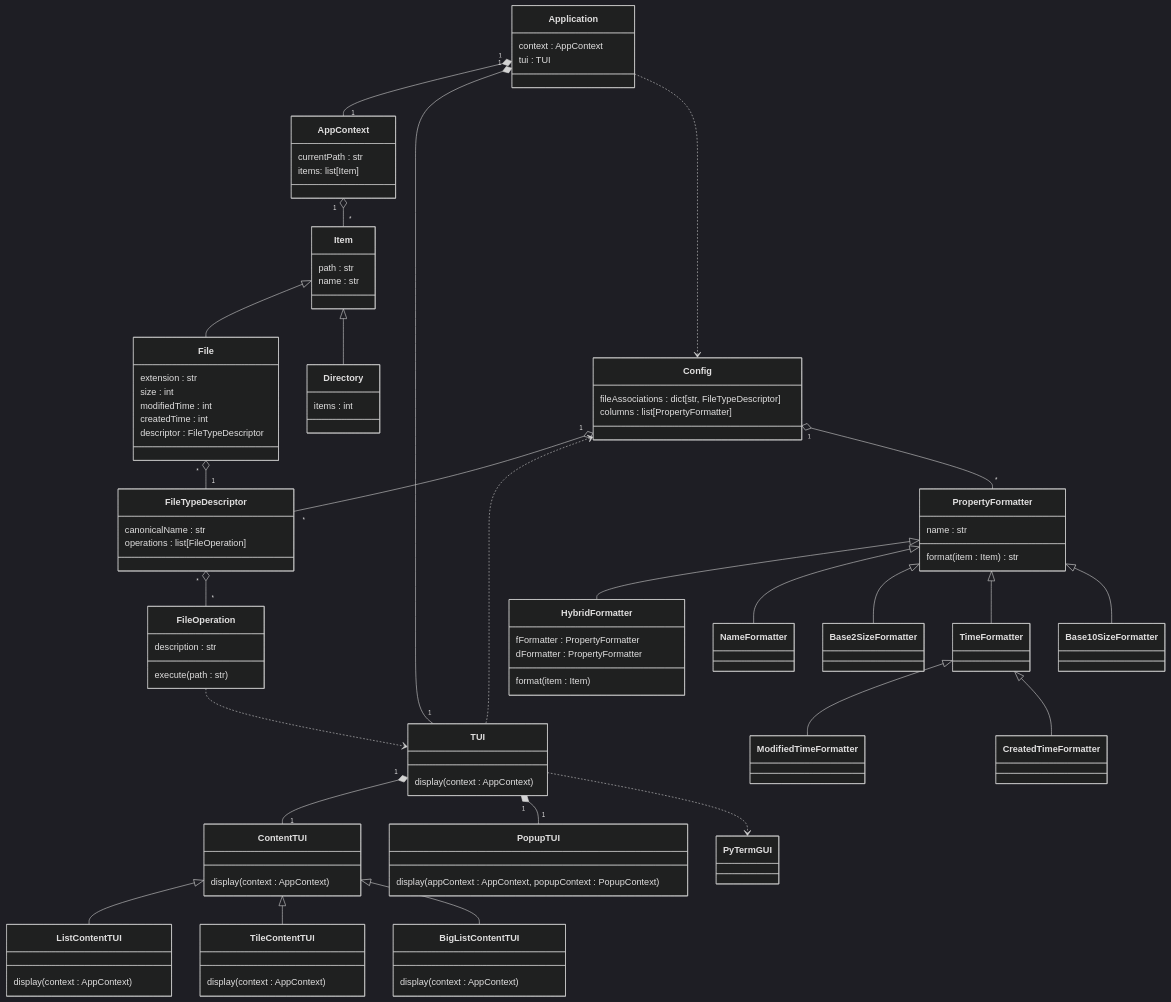
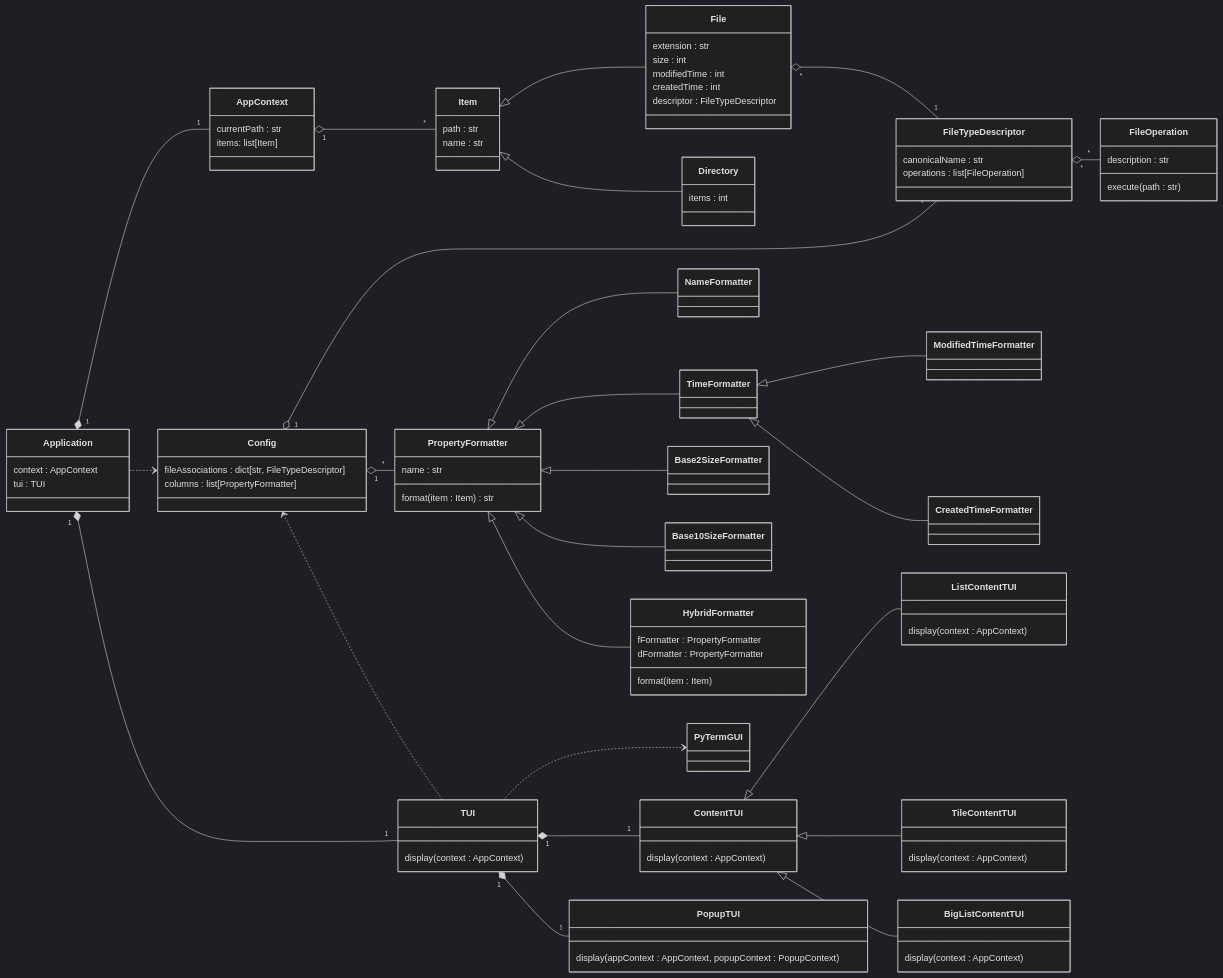
One commit to pb2002/rattle changed the diagram in ClassDiagram.md. Above: the diagram before and after it, drawn with Mermaid (dark theme).

Commit message:
class diagram

````diff
--- a/ClassDiagram.md
+++ b/ClassDiagram.md
@@ -1,6 +1,6 @@
 ```mermaid
 classDiagram
-	direction TB
+	direction LR
 	class Config {
 		fileAssociations : dict[str, FileTypeDescriptor]
 		columns : list[PropertyFormatter]
@@ -61,41 +61,39 @@
 		canonicalName : str
 		operations : list[FileOperation]
 	}
-	
 	class FileOperation {
 		description : str
 		execute(path : str)
 	}
 	Application "1" *-- "1" AppContext
-	Application "1" *-- "1" TUI
+
 	Application ..> Config
+	Config "1" o-- "*" FileTypeDescriptor
+	Config "1" o-- "*" PropertyFormatter
+	Config <.. TUI
 
 	AppContext "1" o-- "*" Item
 	Item <|-- File
 	Item <|-- Directory
 
-	Config "1" o-- "*" FileTypeDescriptor
-	Config <.. TUI
-	Config "1" o-- "*" PropertyFormatter
-
-	PropertyFormatter <|-- HybridFormatter
 	PropertyFormatter <|-- NameFormatter
-	PropertyFormatter <|-- Base2SizeFormatter
 	PropertyFormatter <|-- TimeFormatter	
 	TimeFormatter <|-- ModifiedTimeFormatter
 	TimeFormatter <|-- CreatedTimeFormatter
+	PropertyFormatter <|-- Base2SizeFormatter
 	PropertyFormatter <|-- Base10SizeFormatter	
+	PropertyFormatter <|-- HybridFormatter
 
+	Application "1" *-- "1" TUI
+	TUI ..> PyTermGUI
 	TUI "1" *-- "1" ContentTUI
-	TUI "1" *-- "1" PopupTUI
 	ContentTUI <|-- ListContentTUI
 	ContentTUI <|-- TileContentTUI
 	ContentTUI <|-- BigListContentTUI
+	TUI "1" *-- "1" PopupTUI
 
-	TUI ..> PyTermGUI
 	
 	FileTypeDescriptor "*" o-- "*" FileOperation
 	File "*" o-- "1" FileTypeDescriptor
 	
-	FileOperation ..> TUI
 ```
````
